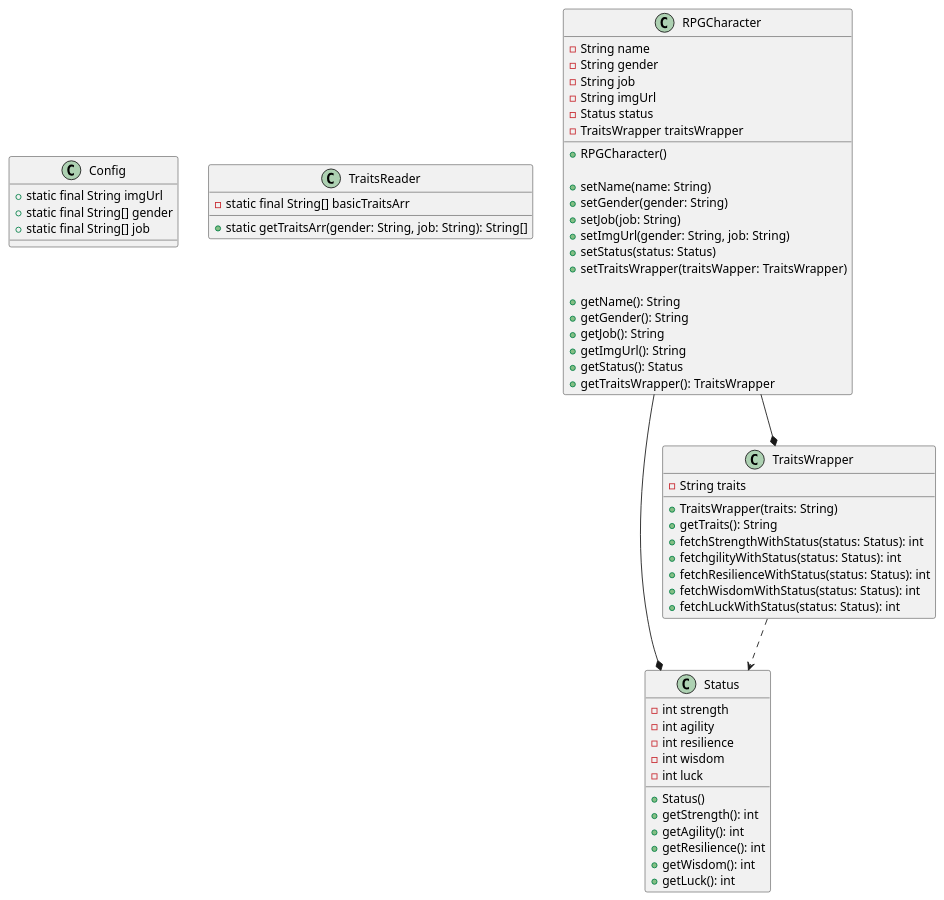
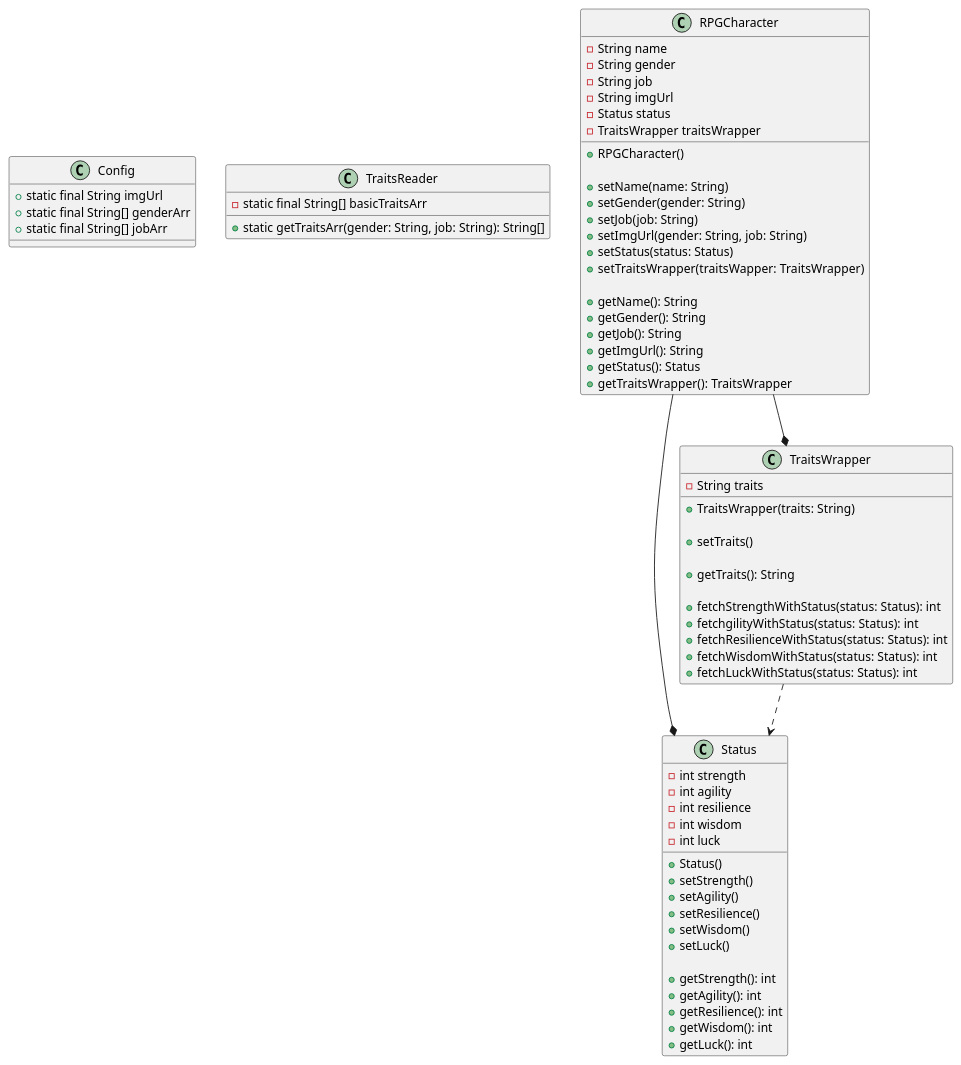
The diagram in 設計.pu (Tucker263/RPG_Character_Maker), drawn with PlantUML before and after one commit. The commit also changed 1 other file, not shown here.

```diff
--- a/設計.pu
+++ b/設計.pu
@@ -1,77 +1,91 @@
 @startuml
-'------------Model部分の設計----------------
+'--------MVVM(Model, View, ModelView)パターン--------
+'------------Modelの設計----------------
 
 class Config{
     + static final String imgUrl
-    + static final String[] gender
-    + static final String[] job
+    + static final String[] genderArr
+    + static final String[] jobArr
 }
 
 class TraitsReader{
     - static final String[] basicTraitsArr
 
     + static getTraitsArr(gender: String, job: String): String[]
 }
 
-'コンストラクタは引数なしで初期の状態を設定
 class Status{
     - int strength
     - int agility
     - int resilience
     - int wisdom
     - int luck
 
     + Status()
+    + setStrength()
+    + setAgility()
+    + setResilience()
+    + setWisdom()
+    + setLuck()
+
     + getStrength(): int
     + getAgility(): int
     + getResilience(): int
     + getWisdom(): int
     + getLuck(): int
 }
 
 class TraitsWrapper{
     - String traits
 
     + TraitsWrapper(traits: String)
+
+    + setTraits()
+
     + getTraits(): String
+
     + fetchStrengthWithStatus(status: Status): int
     + fetchgilityWithStatus(status: Status): int
     + fetchResilienceWithStatus(status: Status): int
     + fetchWisdomWithStatus(status: Status): int
     + fetchLuckWithStatus(status: Status): int
 }
 
-'コンストラクタは引数なしで初期の状態を設定
 class RPGCharacter{
     - String name
     - String gender
     - String job
     - String imgUrl
     - Status status
     - TraitsWrapper traitsWrapper
 
     + RPGCharacter()
 
     + setName(name: String)
     + setGender(gender: String)
     + setJob(job: String)
     + setImgUrl(gender: String, job: String)
     + setStatus(status: Status)
     + setTraitsWrapper(traitsWapper: TraitsWrapper)
 
     + getName(): String
     + getGender(): String
     + getJob(): String
     + getImgUrl(): String
     + getStatus(): Status
     + getTraitsWrapper(): TraitsWrapper
 }
 
+'------------ViewModelの設計----------------
+'Vueは書いていない、VueはViewModelそのもの
+
+
+'------------各クラスの関係----------------
 '依存関係
 TraitsWrapper ..> Status
 'コンポジション
 RPGCharacter --* TraitsWrapper
 RPGCharacter --* Status
 
 
 @enduml
```
